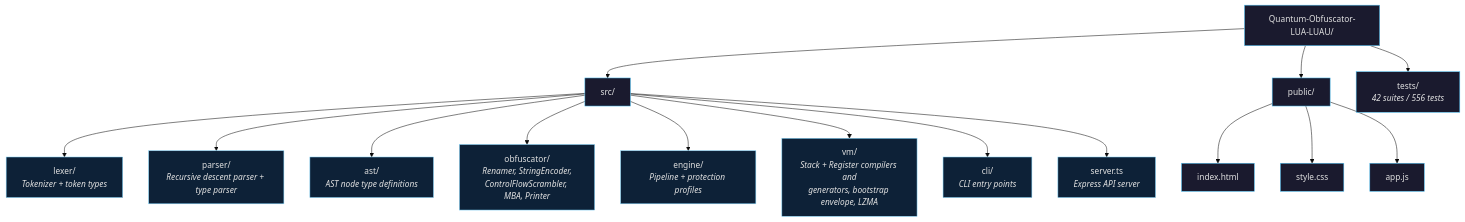
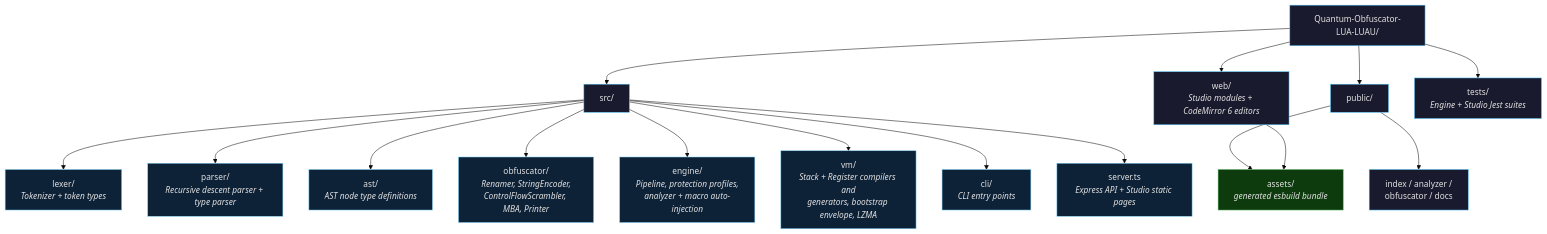
Before and after one commit to QuantumXternal/Quantum-Obfuscator-LUA-LUAU: the third of 3 diagrams in README.md, drawn with Mermaid (base theme). The commit also changed other lines of this file and 30 other files, not shown here.

Commit message:
feat(studio): add four-page analyzer and obfuscator workspace

````diff
--- a/README.md
+++ b/README.md
@@ -153,35 +156,36 @@
 ```mermaid
 graph TD
     ROOT["Quantum-Obfuscator-LUA-LUAU/"] --> SRC["src/"]
+    ROOT --> WEB["web/<br/><i>Studio modules + CodeMirror 6 editors</i>"]
     ROOT --> PUB["public/"]
-    ROOT --> TESTS["tests/<br/><i>42 suites / 556 tests</i>"]
+    ROOT --> TESTS["tests/<br/><i>Engine + Studio Jest suites</i>"]
 
     SRC --> LEX["lexer/<br/><i>Tokenizer + token types</i>"]
     SRC --> PAR["parser/<br/><i>Recursive descent parser + type parser</i>"]
     SRC --> AST2["ast/<br/><i>AST node type definitions</i>"]
     SRC --> OBF["obfuscator/<br/><i>Renamer, StringEncoder,<br/>ControlFlowScrambler, MBA, Printer</i>"]
-    SRC --> ENG["engine/<br/><i>Pipeline + protection profiles</i>"]
+    SRC --> ENG["engine/<br/><i>Pipeline, protection profiles,<br/>analyzer + macro auto-injection</i>"]
     SRC --> VM["vm/<br/><i>Stack + Register compilers and<br/>generators, bootstrap envelope, LZMA</i>"]
     SRC --> CLI["cli/<br/><i>CLI entry points</i>"]
-    SRC --> SRV["server.ts<br/><i>Express API server</i>"]
+    SRC --> SRV["server.ts<br/><i>Express API + Studio static pages</i>"]
 
-    PUB --> HTML["index.html"]
-    PUB --> CSS["style.css"]
-    PUB --> JS["app.js"]
+    PUB --> HTML["index / analyzer /<br/>obfuscator / docs"]
+    PUB --> ASSETS["assets/<br/><i>generated esbuild bundle</i>"]
+    WEB --> ASSETS
 
     style ROOT fill:#1a1a2e,stroke:#4fc3f7,color:#e0e0e0
     style SRC fill:#1a1a2e,stroke:#4fc3f7,color:#e0e0e0
+    style WEB fill:#1a1a2e,stroke:#4fc3f7,color:#e0e0e0
     style PUB fill:#1a1a2e,stroke:#4fc3f7,color:#e0e0e0
     style TESTS fill:#1a1a2e,stroke:#4fc3f7,color:#e0e0e0
     style LEX fill:#0d2137,stroke:#81d4fa,color:#e0e0e0
     style PAR fill:#0d2137,stroke:#81d4fa,color:#e0e0e0
     style AST2 fill:#0d2137,stroke:#81d4fa,color:#e0e0e0
     style OBF fill:#0d2137,stroke:#81d4fa,color:#e0e0e0
     style ENG fill:#0d2137,stroke:#81d4fa,color:#e0e0e0
     style VM fill:#0d2137,stroke:#81d4fa,color:#e0e0e0
     style CLI fill:#0d2137,stroke:#81d4fa,color:#e0e0e0
     style SRV fill:#0d2137,stroke:#81d4fa,color:#e0e0e0
     style HTML fill:#1a1a2e,stroke:#4fc3f7,color:#e0e0e0
-    style CSS fill:#1a1a2e,stroke:#4fc3f7,color:#e0e0e0
-    style JS fill:#1a1a2e,stroke:#4fc3f7,color:#e0e0e0
+    style ASSETS fill:#0d3b0d,stroke:#66bb6a,color:#e0e0e0
 ```
````
